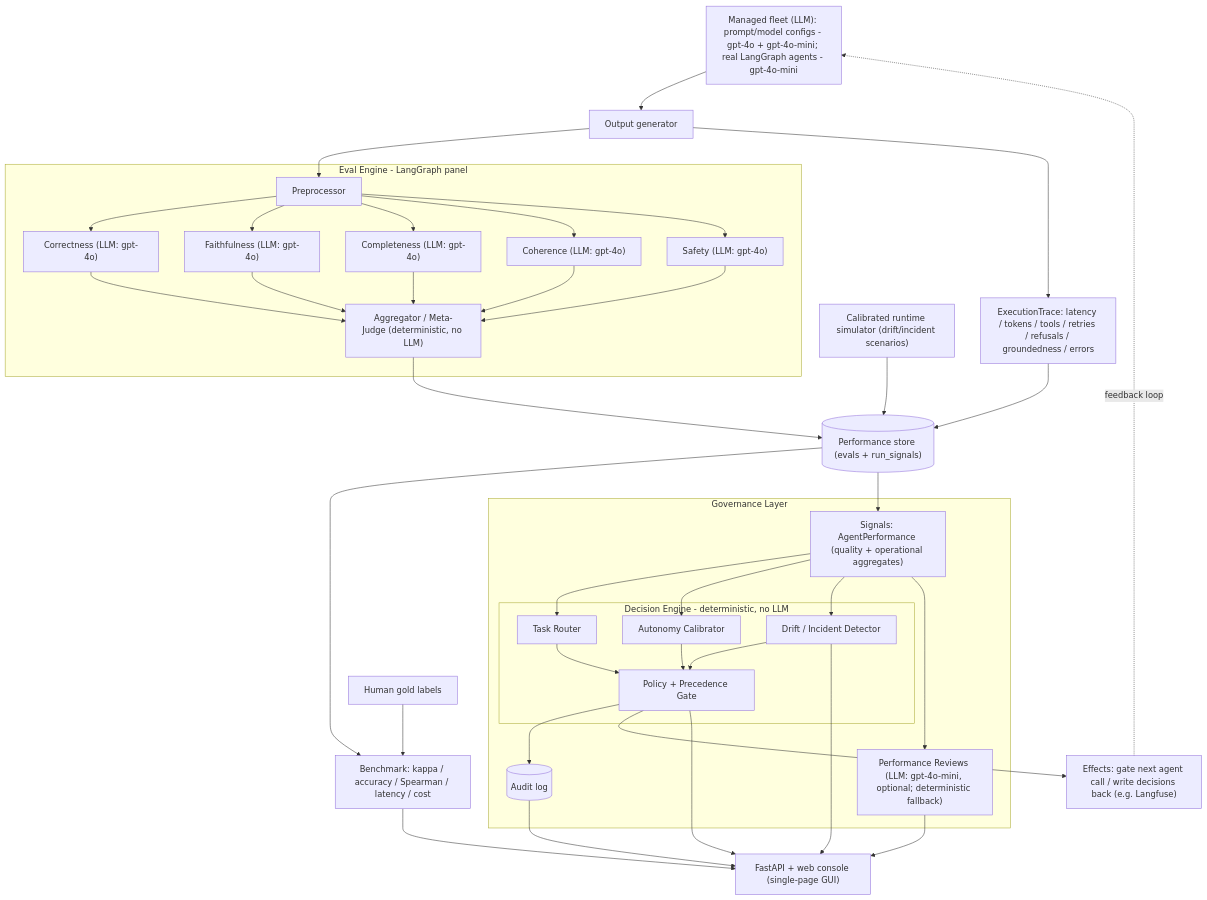
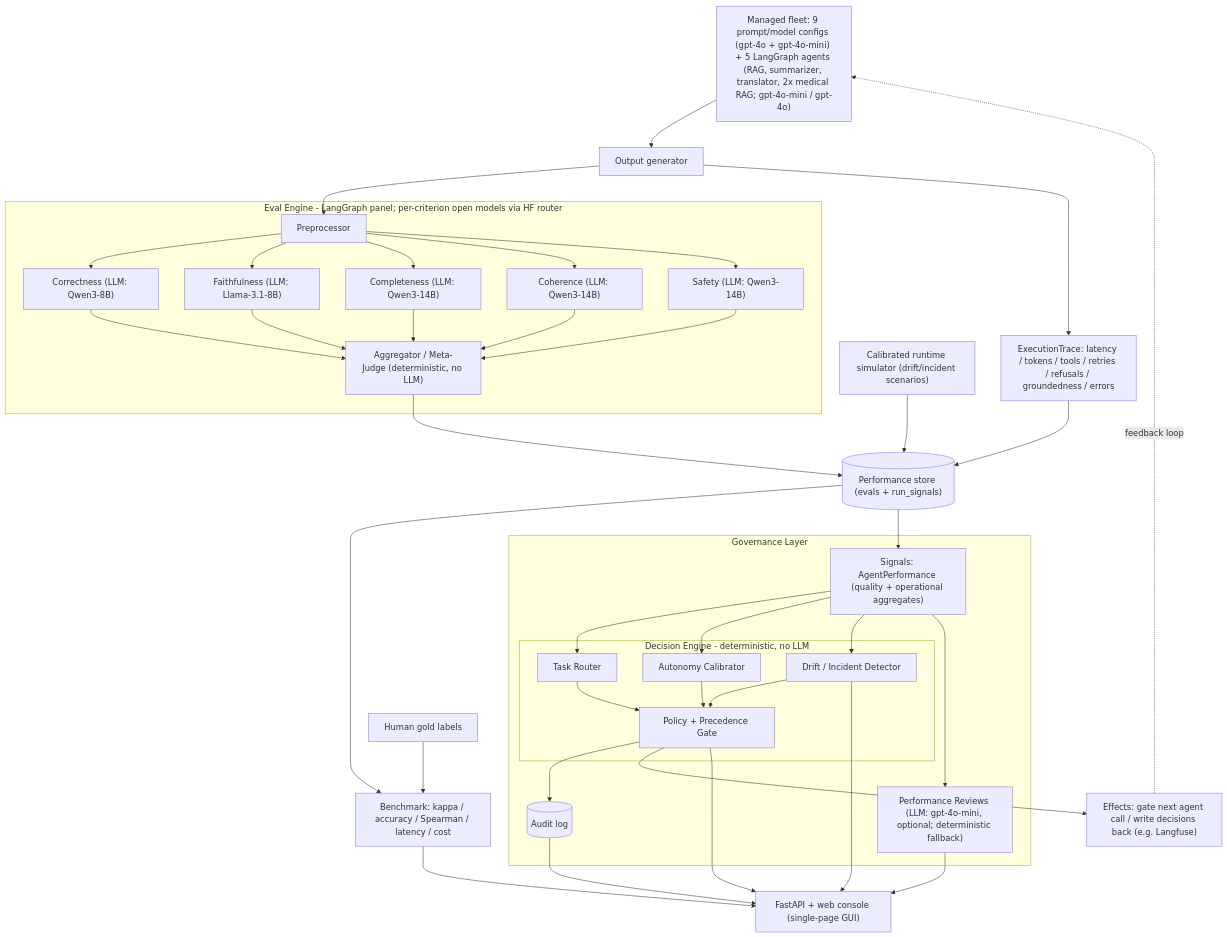
One commit to GaliDev/potential-train changed the diagram in docs/report.md. Above: the diagram before and after it, drawn with Mermaid. The commit also changed other lines of this file and 3 other files, not shown here.

````diff
--- a/docs/report.md
+++ b/docs/report.md
@@ -107,48 +110,48 @@
 ```mermaid
 flowchart TD
-    Fleet["Managed fleet (LLM): prompt/model configs - gpt-4o + gpt-4o-mini; real LangGraph agents - gpt-4o-mini"] --> Gen[Output generator]
+    Fleet["Managed fleet: 9 prompt/model configs (gpt-4o + gpt-4o-mini) + 5 LangGraph agents (RAG, summarizer, translator, 2x medical RAG; gpt-4o-mini / gpt-4o)"] --> Gen[Output generator]
     Sim["Calibrated runtime simulator (drift/incident scenarios)"] --> Store
     Gen --> Pre[Preprocessor]
     Gen --> Trace["ExecutionTrace: latency / tokens / tools / retries / refusals / groundedness / errors"]
-    subgraph eval [Eval Engine - LangGraph panel]
-      Pre --> Correct["Correctness (LLM: gpt-4o)"]
-      Pre --> Faith["Faithfulness (LLM: gpt-4o)"]
-      Pre --> Complete["Completeness (LLM: gpt-4o)"]
-      Pre --> Coh["Coherence (LLM: gpt-4o)"]
-      Pre --> Safe["Safety (LLM: gpt-4o)"]
+    subgraph eval [Eval Engine - LangGraph panel; per-criterion open models via HF router]
+      Pre --> Correct["Correctness (LLM: Qwen3-8B)"]
+      Pre --> Faith["Faithfulness (LLM: Llama-3.1-8B)"]
+      Pre --> Complete["Completeness (LLM: Qwen3-14B)"]
+      Pre --> Coh["Coherence (LLM: Qwen3-14B)"]
+      Pre --> Safe["Safety (LLM: Qwen3-14B)"]
       Correct --> Agg["Aggregator / Meta-Judge (deterministic, no LLM)"]
       Faith --> Agg
       Complete --> Agg
       Coh --> Agg
       Safe --> Agg
     end
     Agg --> Store[("Performance store (evals + run_signals)")]
     Trace --> Store
     Gold["Human gold labels"] --> Bench["Benchmark: kappa / accuracy / Spearman / latency / cost"]
     Store --> Bench
     subgraph gov [Governance Layer]
       Signals["Signals: AgentPerformance (quality + operational aggregates)"]
       subgraph engine [Decision Engine - deterministic, no LLM]
         Router[Task Router]
         Autonomy[Autonomy Calibrator]
         Drift[Drift / Incident Detector]
         Policy["Policy + Precedence Gate"]
         Router --> Policy
         Autonomy --> Policy
         Drift --> Policy
       end
       Signals --> Router
       Signals --> Autonomy
       Signals --> Drift
       Signals --> Review["Performance Reviews (LLM: gpt-4o-mini, optional; deterministic fallback)"]
       Policy --> Audit[("Audit log")]
     end
     Store --> Signals
     Policy --> Effects["Effects: gate next agent call / write decisions back (e.g. Langfuse)"]
     Effects -. feedback loop .-> Fleet
     Bench --> UI["FastAPI + web console (single-page GUI)"]
     Policy --> UI
     Review --> UI
     Drift --> UI
     Audit --> UI
 ```
````
